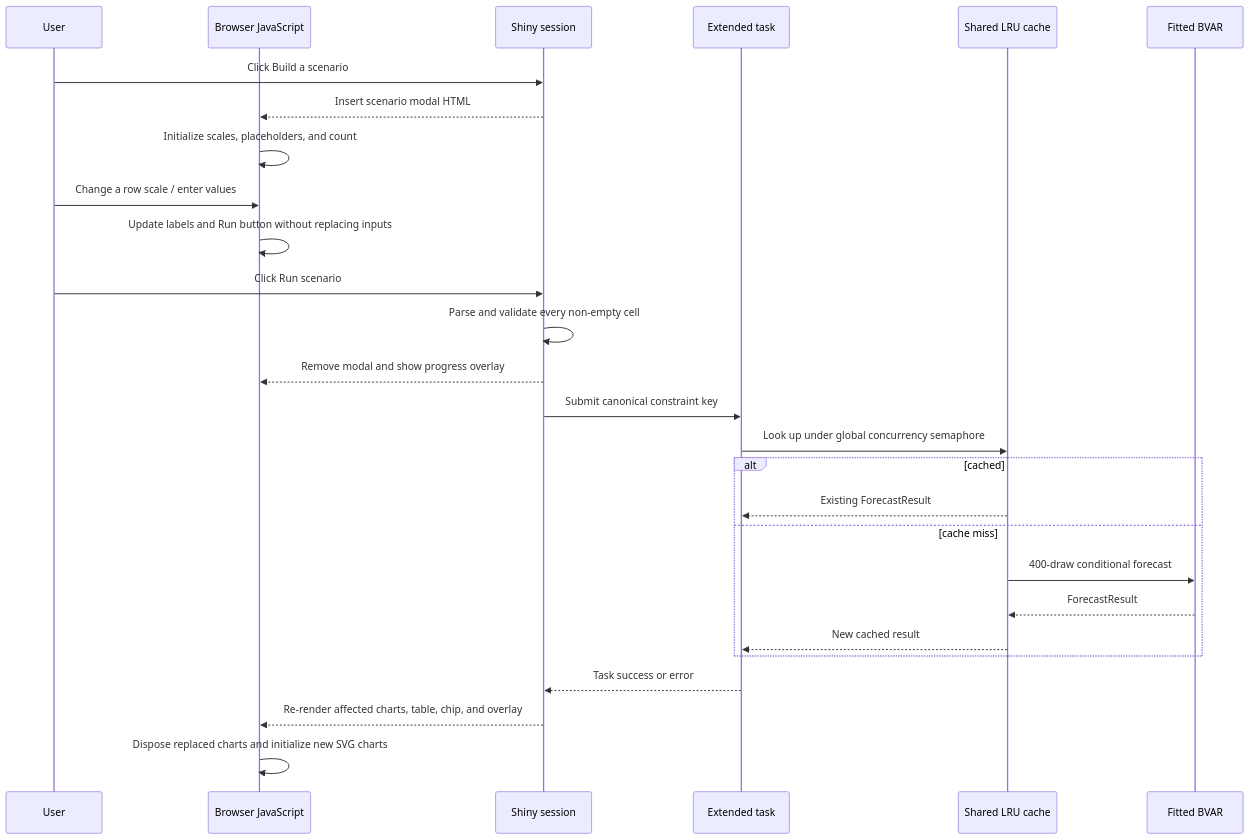
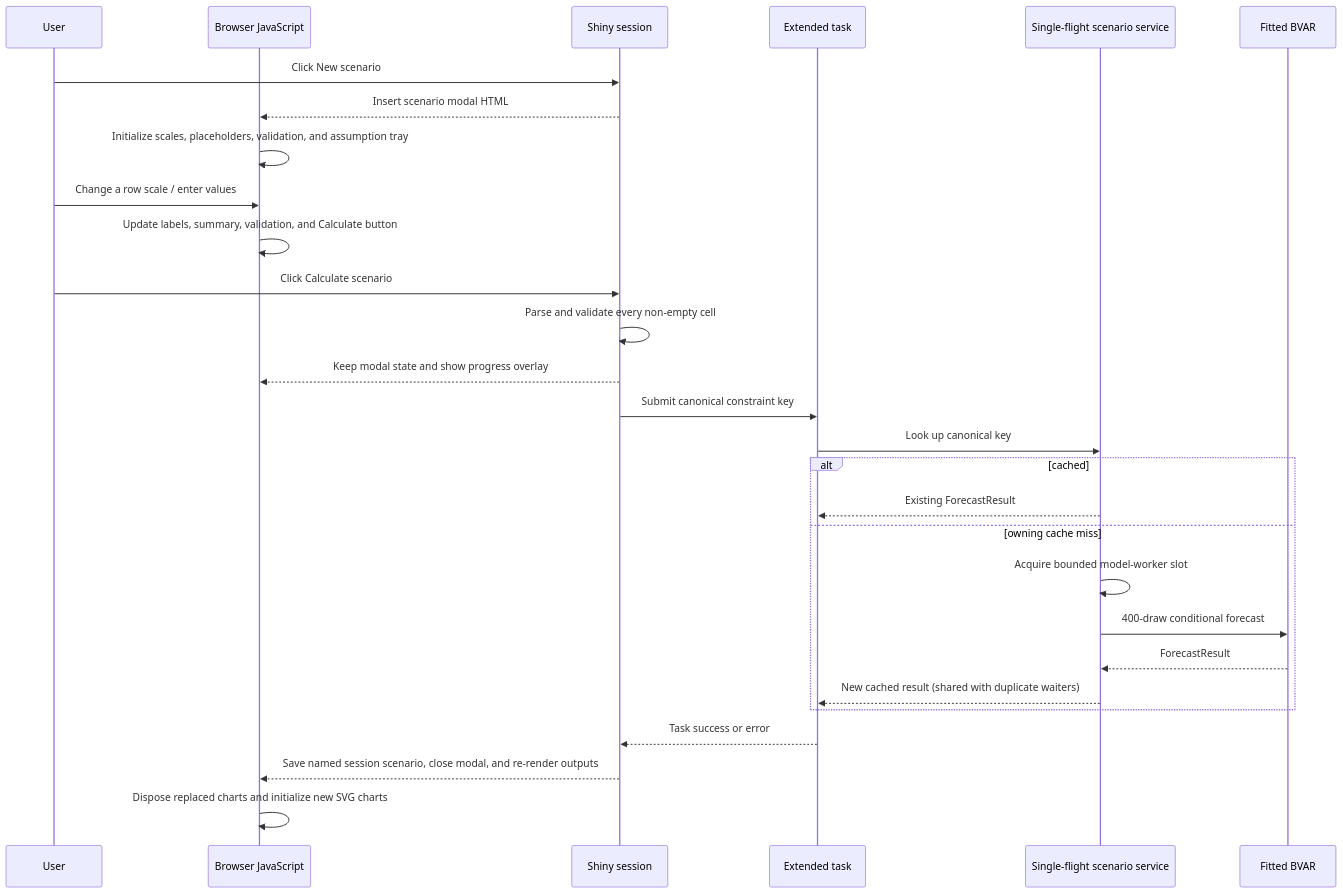
Before and after one commit to ZhenyaKosovan/us-bvar-dashboard: the second of 2 diagrams in README.md, drawn with Mermaid. The commit also changed other lines of this file and 33 other files, not shown here.

````diff
--- a/README.md
+++ b/README.md
@@ -139,30 +138,31 @@
 ```mermaid
 sequenceDiagram
     participant U as User
     participant B as Browser JavaScript
     participant S as Shiny session
     participant T as Extended task
-    participant C as Shared LRU cache
+    participant C as Single-flight scenario service
     participant M as Fitted BVAR
 
-    U->>S: Click Build a scenario
+    U->>S: Click New scenario
     S-->>B: Insert scenario modal HTML
-    B->>B: Initialize scales, placeholders, and count
+    B->>B: Initialize scales, placeholders, validation, and assumption tray
     U->>B: Change a row scale / enter values
-    B->>B: Update labels and Run button without replacing inputs
-    U->>S: Click Run scenario
+    B->>B: Update labels, summary, validation, and Calculate button
+    U->>S: Click Calculate scenario
     S->>S: Parse and validate every non-empty cell
-    S-->>B: Remove modal and show progress overlay
+    S-->>B: Keep modal state and show progress overlay
     S->>T: Submit canonical constraint key
-    T->>C: Look up under global concurrency semaphore
+    T->>C: Look up canonical key
     alt cached
         C-->>T: Existing ForecastResult
-    else cache miss
+    else owning cache miss
+        C->>C: Acquire bounded model-worker slot
         C->>M: 400-draw conditional forecast
         M-->>C: ForecastResult
-        C-->>T: New cached result
+        C-->>T: New cached result (shared with duplicate waiters)
     end
     T-->>S: Task success or error
-    S-->>B: Re-render affected charts, table, chip, and overlay
+    S-->>B: Save named session scenario, close modal, and re-render outputs
     B->>B: Dispose replaced charts and initialize new SVG charts
 ```
````
